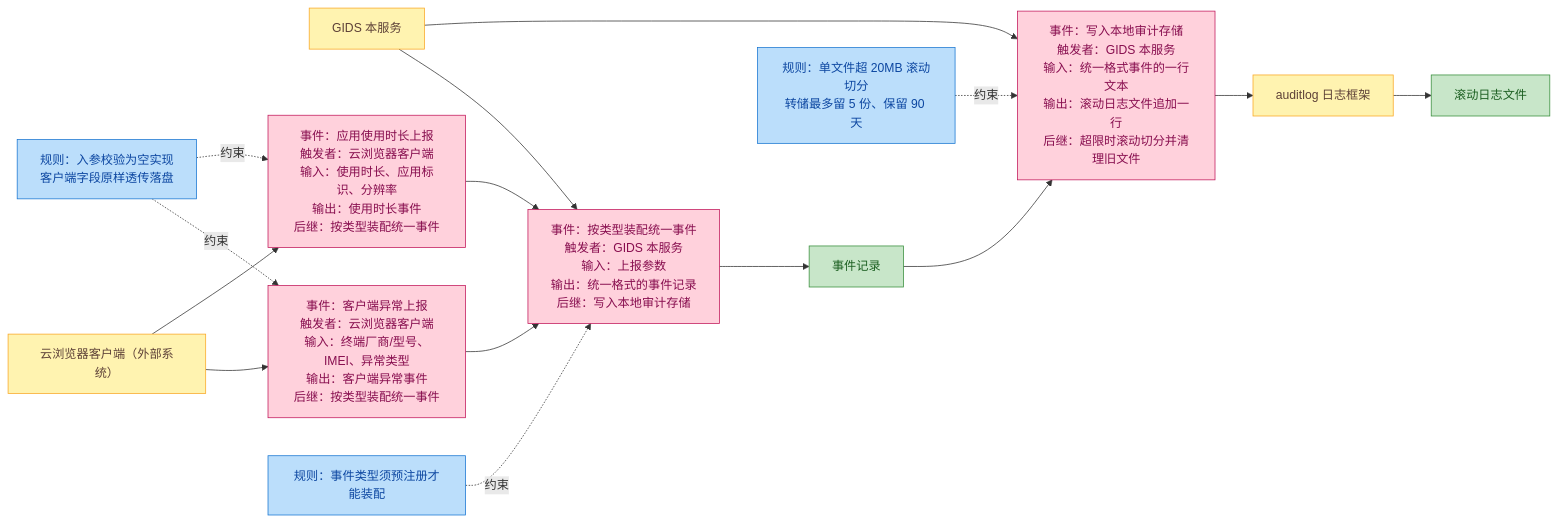
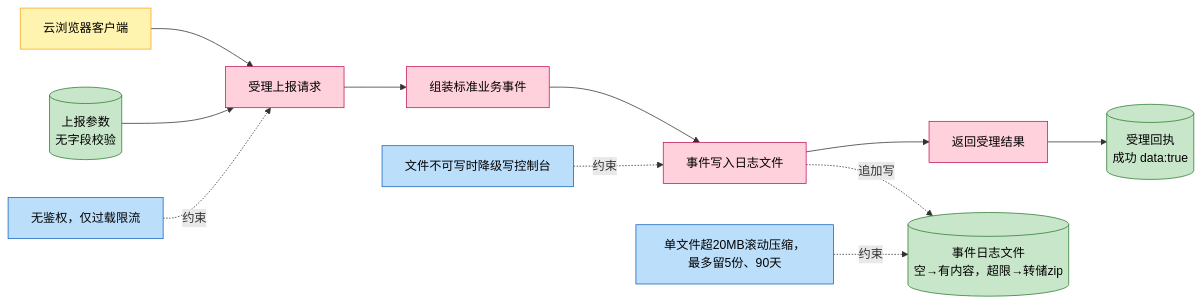
One commit to CoreGeekASTL/AIAction changed the first of 4 diagrams in docs/story/feature-event-report.md. Above: the diagram before and after it, drawn with Mermaid. The commit also changed other lines of this file and 6 other files, not shown here.

````diff
--- a/docs/story/feature-event-report.md
+++ b/docs/story/feature-event-report.md
@@ -13,38 +12,28 @@
 ```mermaid
 flowchart LR
-    classDef mi fill:#ffd1dc,stroke:#c2185b,color:#880e4f
-    classDef role fill:#fff3b0,stroke:#f9a825,color:#5d4037
-    classDef ppt fill:#c8e6c9,stroke:#388e3c,color:#1b5e20
-    classDef desc fill:#bbdefb,stroke:#1976d2,color:#0d47a1
+  classDef mi fill:#ffd1dc,stroke:#c2185b,color:#000
+  classDef role fill:#fff3b0,stroke:#f9a825,color:#000
+  classDef ppt fill:#c8e6c9,stroke:#2e7d32,color:#000
+  classDef desc fill:#bbdefb,stroke:#1565c0,color:#000
 
-    Client["云浏览器客户端（外部系统）"]:::role
-    Gids["GIDS 本服务"]:::role
-    Audit["auditlog 日志框架"]:::role
+  Caller[云浏览器客户端]:::role
+  E1[受理上报请求]:::mi
+  E2[组装标准业务事件]:::mi
+  E3[事件写入日志文件]:::mi
+  E4[返回受理结果]:::mi
+  Req[(上报参数<br/>无字段校验)]:::ppt
+  File[(事件日志文件<br/>空→有内容，超限→转储zip)]:::ppt
+  Resp[(受理回执<br/>成功 data:true)]:::ppt
+  R1[无鉴权，仅过载限流]:::desc
+  R2[单文件超20MB滚动压缩，最多留5份、90天]:::desc
+  R3[文件不可写时降级写控制台]:::desc
 
-    E1["事件：客户端异常上报<br/>触发者：云浏览器客户端<br/>输入：终端厂商/型号、IMEI、异常类型<br/>输出：客户端异常事件<br/>后继：按类型装配统一事件"]:::mi
-    E2["事件：应用使用时长上报<br/>触发者：云浏览器客户端<br/>输入：使用时长、应用标识、分辨率<br/>输出：使用时长事件<br/>后继：按类型装配统一事件"]:::mi
-    E3["事件：按类型装配统一事件<br/>触发者：GIDS 本服务<br/>输入：上报参数<br/>输出：统一格式的事件记录<br/>后继：写入本地审计存储"]:::mi
-    E4["事件：写入本地审计存储<br/>触发者：GIDS 本服务<br/>输入：统一格式事件的一行文本<br/>输出：滚动日志文件追加一行<br/>后继：超限时滚动切分并清理旧文件"]:::mi
-
-    Rec["事件记录"]:::ppt
-    LogFile["滚动日志文件"]:::ppt
-
-    R1["规则：事件类型须预注册才能装配"]:::desc
-    R2["规则：单文件超 20MB 滚动切分<br/>转储最多留 5 份、保留 90 天"]:::desc
-    R3["规则：入参校验为空实现<br/>客户端字段原样透传落盘"]:::desc
-
-    Client --> E1
-    Client --> E2
-    E1 --> E3
-    E2 --> E3
-    Gids --> E3
-    E3 --> Rec
-    Gids --> E4
-    Rec --> E4
-    E4 --> Audit
-    Audit --> LogFile
-    R1 -.约束.-> E3
-    R2 -.约束.-> E4
-    R3 -.约束.-> E1
-    R3 -.约束.-> E2
+  Caller --> E1
+  Req --> E1
+  E1 --> E2 --> E3 --> E4
+  E3 -.追加写.-> File
+  E4 --> Resp
+  R1 -.约束.-> E1
+  R2 -.约束.-> File
+  R3 -.约束.-> E3
 ```
````
